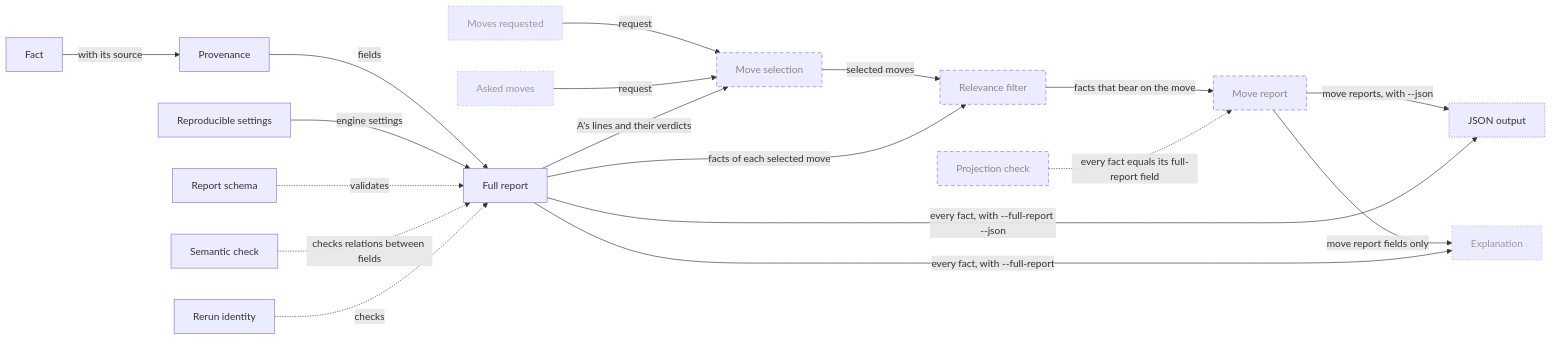
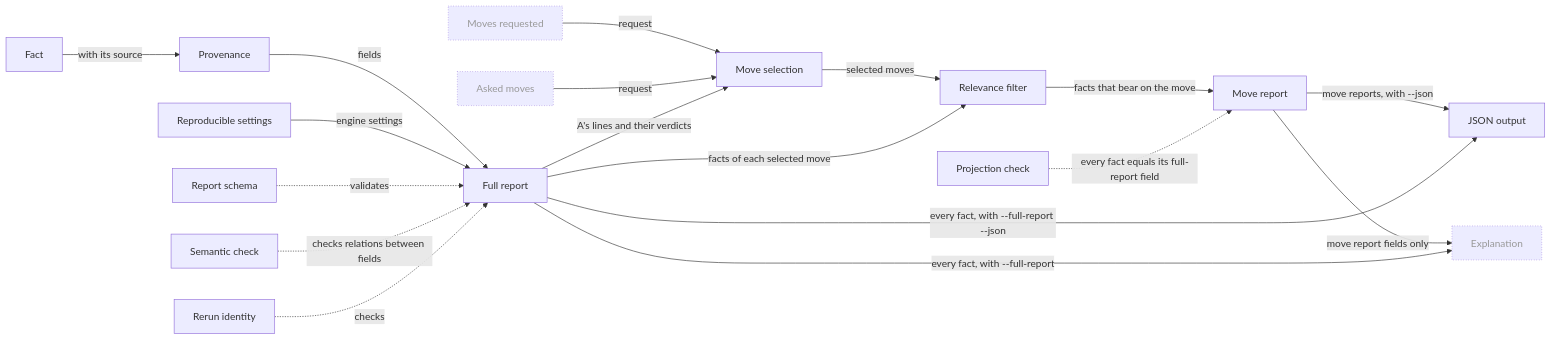
Before and after one commit to aurja/ChessWhy: the tenth of 22 diagrams in Planning/DBC/CONCEPTS.md, drawn with Mermaid. The commit also changed other lines of this file and 41 other files, not shown here.

First line of the commit message:
M4 batch 2: move reports, --moves, move report text, projection check (WP2-WP5)

````diff
--- a/Planning/DBC/CONCEPTS.md
+++ b/Planning/DBC/CONCEPTS.md
@@ -454,40 +453,38 @@
 ```mermaid
 flowchart LR
     Fact["Fact"]
     Provenance["Provenance"]
     Reproducible["Reproducible settings"]
     ReportDocument["Full report"]
     ReportSchema["Report schema"]
     SemanticCheck["Semantic check"]
     RerunIdentity["Rerun identity"]
     JsonOutput["JSON output"]
     MoveSelection["Move selection"]
     RelevanceFilter["Relevance filter"]
     MoveReport["Move report"]
     ProjectionCheck["Projection check"]
     MoveRequest["Moves requested"]
     AskedMove["Asked moves"]
     Explanation["Explanation"]
     Fact -->|with its source| Provenance
     Provenance -->|fields| ReportDocument
     Reproducible -->|engine settings| ReportDocument
     ReportSchema -.->|validates| ReportDocument
     SemanticCheck -.->|checks relations between fields| ReportDocument
     RerunIdentity -.->|checks| ReportDocument
     MoveRequest & AskedMove -->|request| MoveSelection
     ReportDocument -->|A's lines and their verdicts| MoveSelection
     MoveSelection -->|selected moves| RelevanceFilter
     ReportDocument -->|facts of each selected move| RelevanceFilter
     RelevanceFilter -->|facts that bear on the move| MoveReport
     ProjectionCheck -.->|every fact equals its full-report field| MoveReport
     MoveReport -->|move reports, with --json| JsonOutput
     ReportDocument -->|every fact, with --full-report --json| JsonOutput
     MoveReport -->|move report fields only| Explanation
     ReportDocument -->|every fact, with --full-report| Explanation
     classDef planned stroke-dasharray:6 4,color:#888
     classDef partial stroke-dasharray:2 2
     classDef external stroke-dasharray:1 3,color:#999
     class Explanation,MoveRequest,AskedMove external
-    class JsonOutput partial
-    class MoveSelection,RelevanceFilter,MoveReport,ProjectionCheck planned
 ```
````
